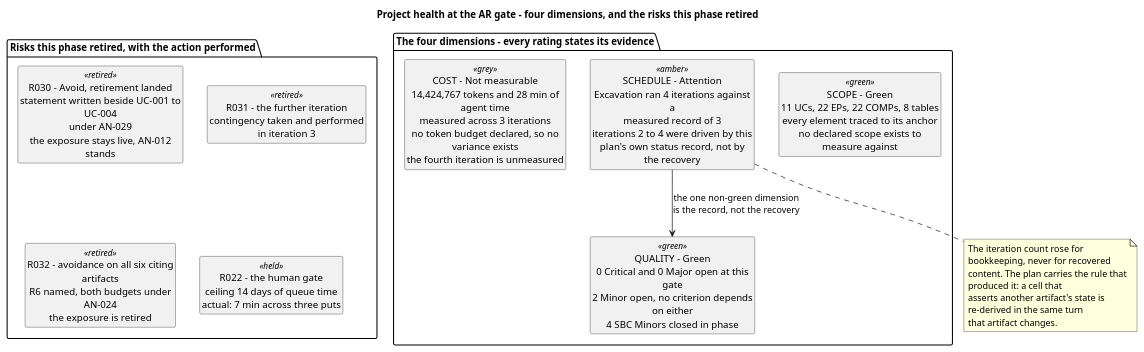
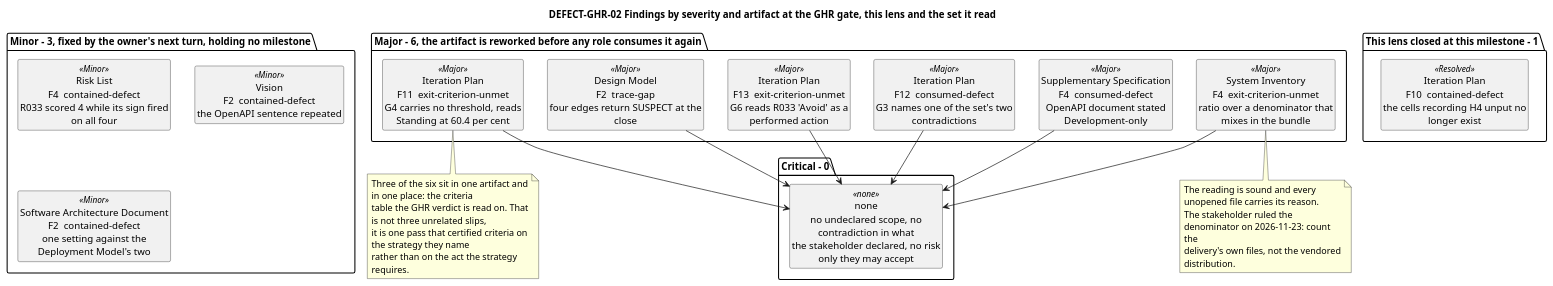
Before and after one commit to banense-test/TodoApp: the fifth of 10 diagrams in docs/artifacts/project-management/review-record.md, drawn with PlantUML. The commit also changed other lines of this file, not shown here.

First line of the commit message:
Management Reviewer [Consolidation1]: upsert Review Record

````diff
--- a/docs/artifacts/project-management/review-record.md
+++ b/docs/artifacts/project-management/review-record.md
@@ -429,30 +434,53 @@
 ```plantuml
 @startuml
-title Project health at the AR gate - four dimensions, and the risks this phase retired
+title DEFECT-GHR-02 Findings by severity and artifact at the GHR gate, this lens and the set it read
 skinparam shadowing false
+skinparam classAttributeIconSize 0
 skinparam wrapWidth 235
 hide circle
 hide empty members
 
-package "The four dimensions - every rating states its evidence" {
-  class "SCOPE - Green\n11 UCs, 22 EPs, 22 COMPs, 8 tables\nevery element traced to its anchor\nno declared scope exists to measure against" as SC <<green>>
-  class "SCHEDULE - Attention\nExcavation ran 4 iterations against a\nmeasured record of 3\niterations 2 to 4 were driven by this\nplan's own status record, not by the recovery" as SD <<amber>>
-  class "COST - Not measurable\n14,424,767 tokens and 28 min of agent time\nmeasured across 3 iterations\nno token budget declared, so no variance exists\nthe fourth iteration is unmeasured" as CO <<grey>>
-  class "QUALITY - Green\n0 Critical and 0 Major open at this gate\n2 Minor open, no criterion depends on either\n4 SBC Minors closed in phase" as QU <<green>>
+package "Major - 6, the artifact is reworked before any role consumes it again" {
+  class "Iteration Plan\nF11  exit-criterion-unmet\nG4 carries no threshold, reads Standing at 60.4 per cent" as M1 <<Major>>
+  class "Iteration Plan\nF12  consumed-defect\nG3 names one of the set's two contradictions" as M2 <<Major>>
+  class "Iteration Plan\nF13  exit-criterion-unmet\nG6 reads R033 'Avoid' as a performed action" as M3 <<Major>>
+  class "Design Model\nF2  trace-gap\nfour edges return SUSPECT at the close" as M4 <<Major>>
+  class "Supplementary Specification\nF4  consumed-defect\nOpenAPI document stated Development-only" as M5 <<Major>>
+  class "System Inventory\nF4  exit-criterion-unmet\nratio over a denominator that mixes in the bundle" as M6 <<Major>>
 }
 
-package "Risks this phase retired, with the action performed" {
-  class "R030 - Avoid, retirement landed\nstatement written beside UC-001 to UC-004\nunder AN-029\nthe exposure stays live, AN-012 stands" as R30 <<retired>>
-  class "R031 - the further iteration\ncontingency taken and performed in iteration 3" as R31 <<retired>>
-  class "R032 - avoidance on all six citing artifacts\nR6 named, both budgets under AN-024\nthe exposure is retired" as R32 <<retired>>
-  class "R022 - the human gate\nceiling 14 days of queue time\nactual: 7 min across three puts" as R22 <<held>>
+package "Minor - 3, fixed by the owner's next turn, holding no milestone" {
+  class "Risk List\nF4  contained-defect\nR033 scored 4 while its sign fired on all four" as m1 <<Minor>>
+  class "Vision\nF2  contained-defect\nthe OpenAPI sentence repeated" as m2 <<Minor>>
+  class "Software Architecture Document\nF2  contained-defect\none setting against the Deployment Model's two" as m3 <<Minor>>
 }
-SD --> QU : the one non-green dimension\nis the record, not the recovery
-note bottom of SD
-  The iteration count rose for bookkeeping, never for recovered
-  content. The plan carries the rule that produced it: a cell that
-  asserts another artifact's state is re-derived in the same turn
-  that artifact changes.
+
+package "Critical - 0" {
+  class "none\nno undeclared scope, no contradiction in what\nthe stakeholder declared, no risk only they may accept" as C <<none>>
+}
+
+package "This lens closed at this milestone - 1" {
+  class "Iteration Plan\nF10  contained-defect\nthe cells recording H4 unput no longer exist" as X <<Resolved>>
+}
+
+M1 --> C
+M2 --> C
+M3 --> C
+M4 --> C
+M5 --> C
+M6 --> C
+
+note bottom of M1
+  Three of the six sit in one artifact and in one place: the criteria
+  table the GHR verdict is read on. That is not three unrelated slips,
+  it is one pass that certified criteria on the strategy they name
+  rather than on the act the strategy requires.
 end note
+note bottom of M6
+  The reading is sound and every unopened file carries its reason.
+  The stakeholder ruled the denominator on 2026-11-23: count the
+  delivery's own files, not the vendored distribution.
+end note
+
 @enduml
 ```
````
